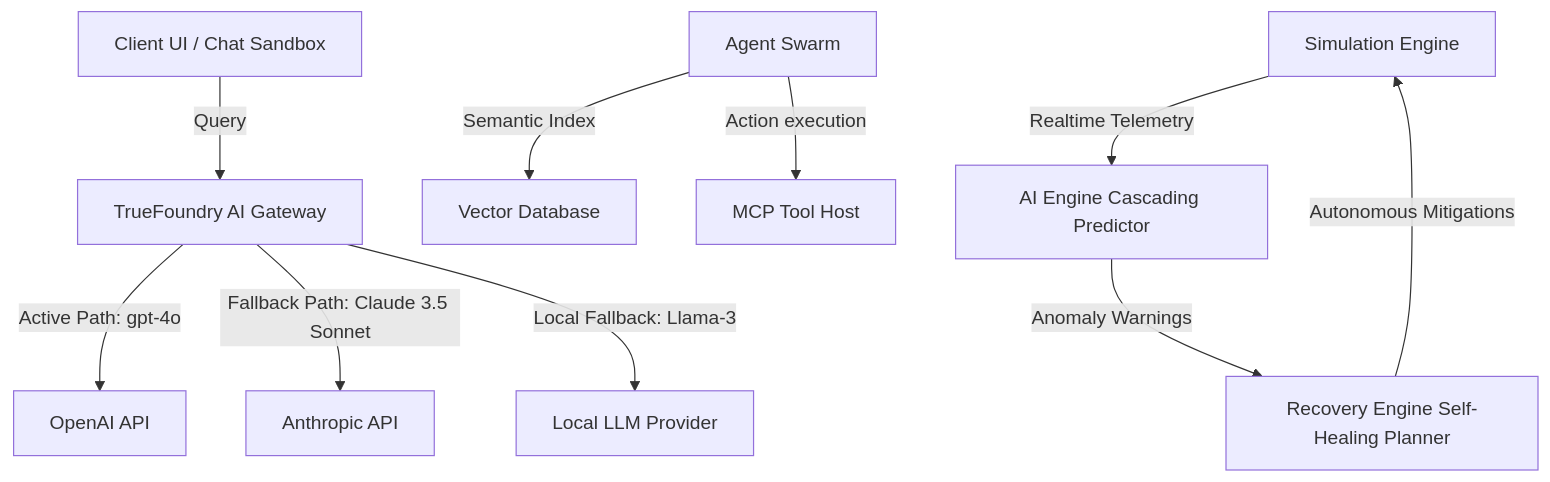
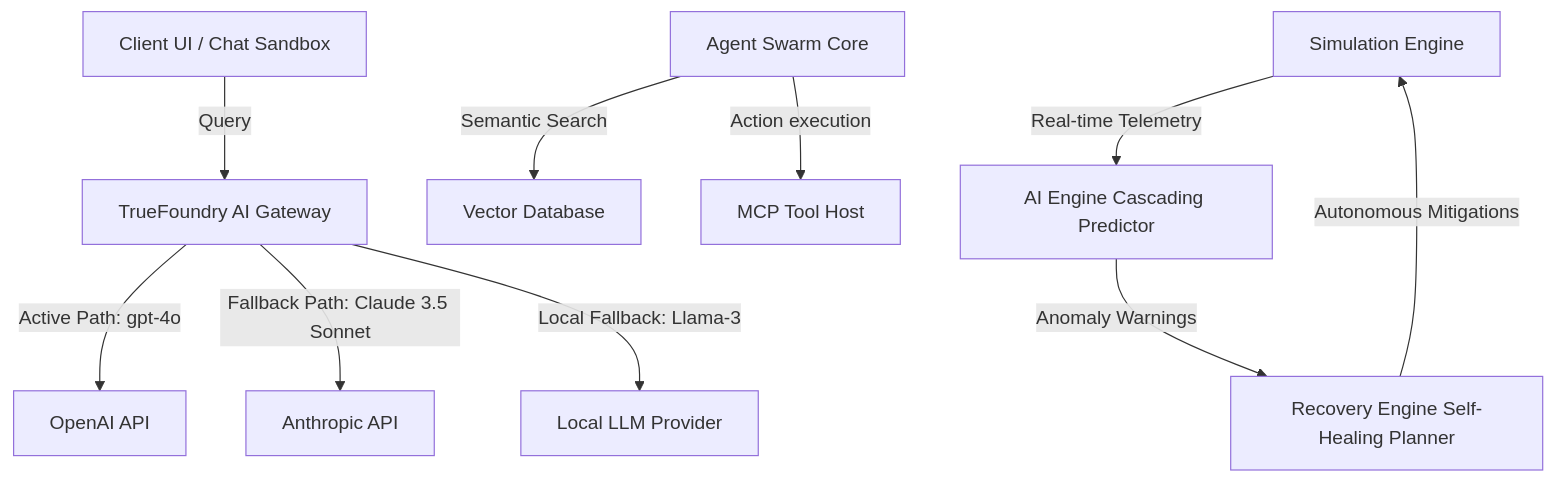
Before and after one commit to manurupan2007/failover-os: the diagram in README.md, drawn with Mermaid. The commit also changed other lines of this file and 6 other files, not shown here.

````diff
--- a/README.md
+++ b/README.md
@@ -24,14 +19,14 @@
 ```mermaid
 graph TD
     Client[Client UI / Chat Sandbox] -->|Query| TG[TrueFoundry AI Gateway]
     TG -->|Active Path: gpt-4o| OpenAI[OpenAI API]
     TG -->|Fallback Path: Claude 3.5 Sonnet| Anthropic[Anthropic API]
     TG -->|Local Fallback: Llama-3| Local[Local LLM Provider]
     
-    Agent[Agent Swarm] -->|Semantic Index| VDB[Vector Database]
+    Agent[Agent Swarm Core] -->|Semantic Search| VDB[Vector Database]
     Agent -->|Action execution| MCP[MCP Tool Host]
     
-    SE[Simulation Engine] -->|Realtime Telemetry| AE[AI Engine Cascading Predictor]
+    SE[Simulation Engine] -->|Real-time Telemetry| AE[AI Engine Cascading Predictor]
     AE -->|Anomaly Warnings| RE[Recovery Engine Self-Healing Planner]
     RE -->|Autonomous Mitigations| SE
 ```
````
